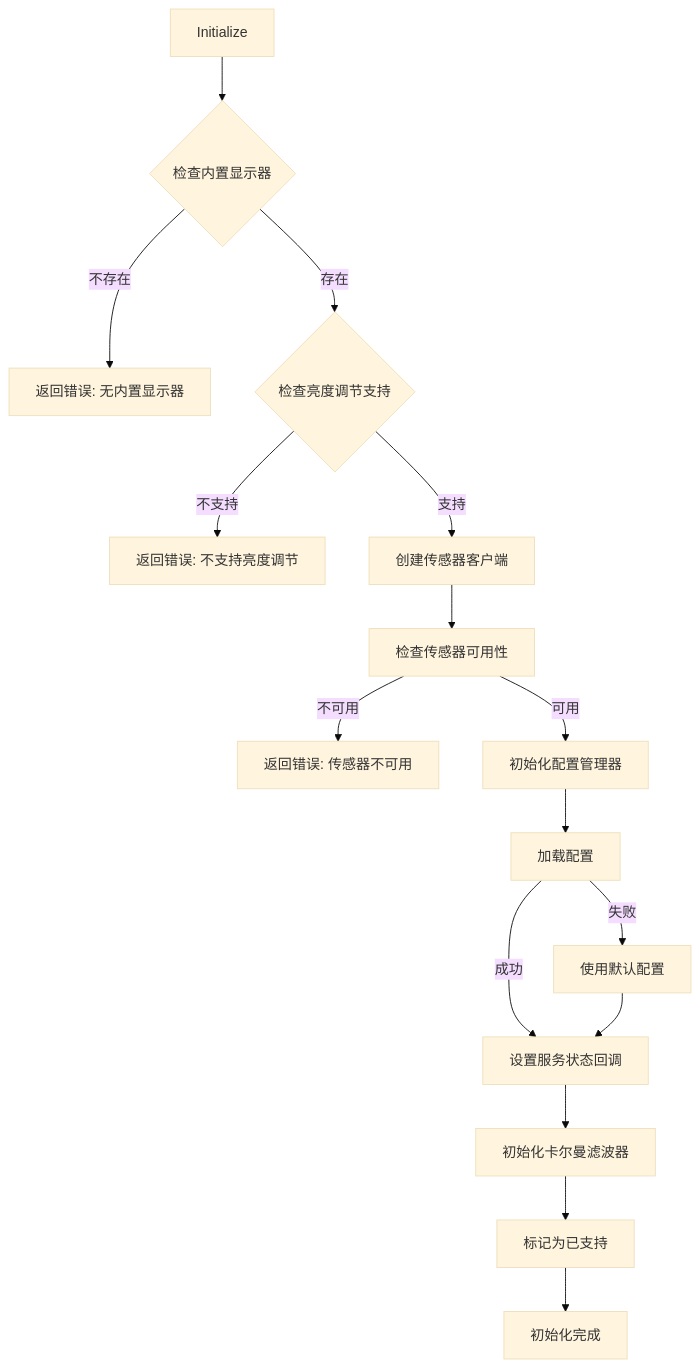
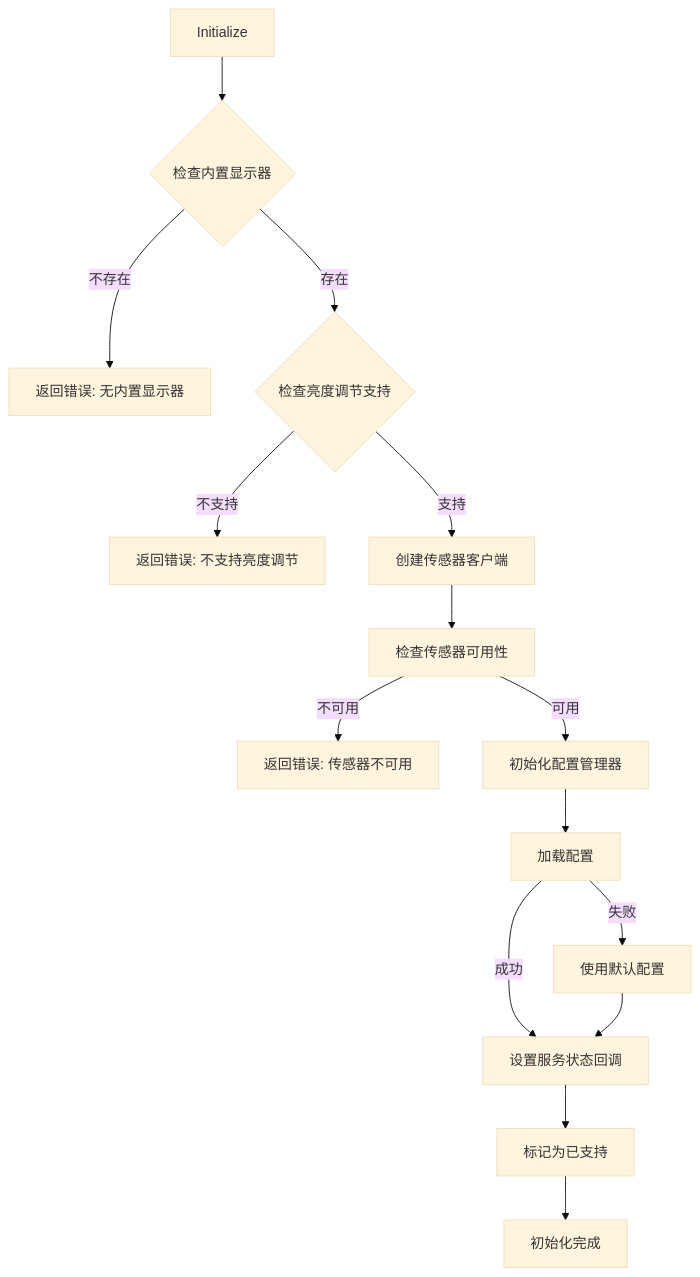
One commit to linuxdeepin/dde-daemon changed the third of 26 diagrams in docs/auto_backlight/auto_brightness_design.md. Above: the diagram before and after it, drawn with Mermaid (base theme). The commit also changed other lines of this file and 21 other files, not shown here.

````diff
--- a/docs/auto_backlight/auto_brightness_design.md
+++ b/docs/auto_backlight/auto_brightness_design.md
@@ -295,18 +278,17 @@
 ```mermaid
 flowchart TD
     A[Initialize] --> B{检查内置显示器}
     B -->|不存在| C[返回错误: 无内置显示器]
     B -->|存在| D{检查亮度调节支持}
     D -->|不支持| E[返回错误: 不支持亮度调节]
     D -->|支持| F[创建传感器客户端]
     F --> G[检查传感器可用性]
     G -->|不可用| H[返回错误: 传感器不可用]
     G -->|可用| I[初始化配置管理器]
     I --> J[加载配置]
     J -->|失败| K[使用默认配置]
     J -->|成功| L[设置服务状态回调]
     K --> L
-    L --> M[初始化卡尔曼滤波器]
-    M --> N[标记为已支持]
-    N --> O[初始化完成]
+    L --> M[标记为已支持]
+    M --> N[初始化完成]
 ```
````
